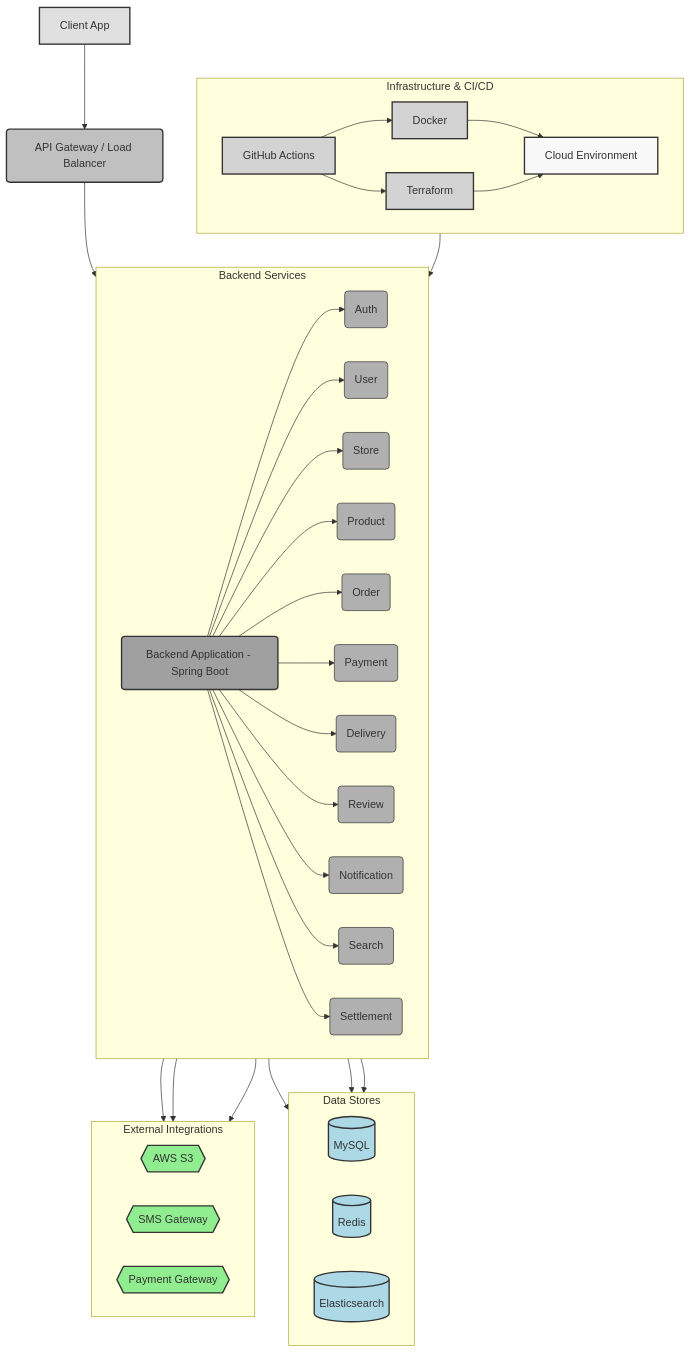
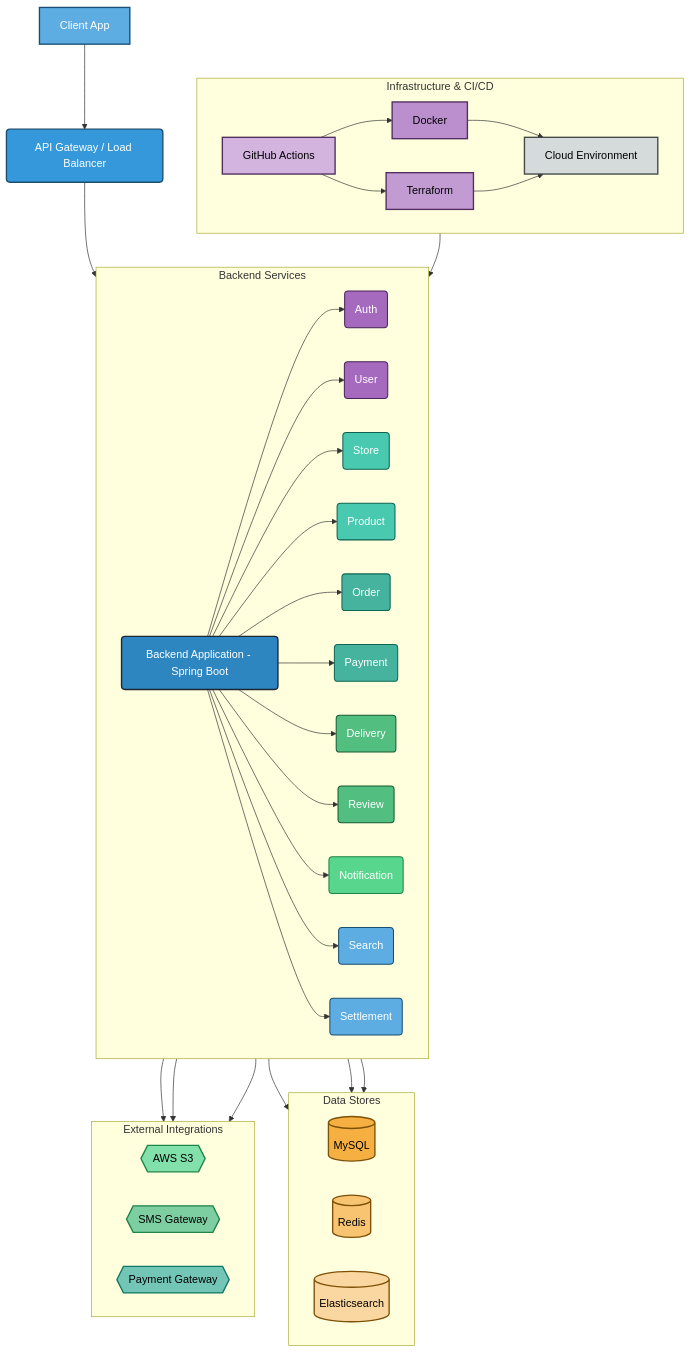
Before and after one commit to daran2/deliver-anything_backup: the first of 2 diagrams in README.md, drawn with Mermaid. The commit also changed other lines of this file, not shown here.

Commit message:
docs(be): 시스템 구성도가 눈에 잘 보이게 수정

````diff
--- a/README.md
+++ b/README.md
@@ -27,68 +27,77 @@
 ```mermaid
 graph TD
     A[Client App] --> B(API Gateway / Load Balancer)
     B --> C(Backend Application - Spring Boot)
 
     subgraph Backend Services
         direction LR
         C --> D(Auth)
         C --> E(User)
         C --> F(Store)
         C --> G(Product)
         C --> H(Order)
         C --> I(Payment)
         C --> J(Delivery)
         C --> K(Review)
         C --> L(Notification)
         C --> M(Search)
         C --> N(Settlement)
     end
 
     subgraph Data Stores
         direction LR
         C --> O[(MySQL)]
         C --> P[(Redis)]
         C --> Q[(Elasticsearch)]
     end
 
     subgraph External Integrations
         direction LR
         C --> R{{AWS S3}}
         C --> S{{SMS Gateway}}
         C --> T{{Payment Gateway}}
     end
 
     subgraph Infrastructure & CI/CD
         direction LR
         U[GitHub Actions] --> V[Docker]
         U --> W[Terraform]
         V --> Cloud[Cloud Environment]
         W --> Cloud
         Cloud --> C
     end
 
-    style A fill:#E0E0E0,stroke:#333,stroke-width:2px
-    style B fill:#C0C0C0,stroke:#333,stroke-width:2px
-    style C fill:#A0A0A0,stroke:#333,stroke-width:2px
-    style D fill:#B0B0B0,stroke:#333,stroke-width:1px
-    style E fill:#B0B0B0,stroke:#333,stroke-width:1px
-    style F fill:#B0B0B0,stroke:#333,stroke-width:1px
-    style G fill:#B0B0B0,stroke:#333,stroke-width:1px
-    style H fill:#B0B0B0,stroke:#333,stroke-width:1px
-    style I fill:#B0B0B0,stroke:#333,stroke-width:1px
-    style J fill:#B0B0B0,stroke:#333,stroke-width:1px
-    style K fill:#B0B0B0,stroke:#333,stroke-width:1px
-    style L fill:#B0B0B0,stroke:#333,stroke-width:1px
-    style M fill:#B0B0B0,stroke:#333,stroke-width:1px
-    style N fill:#B0B0B0,stroke:#333,stroke-width:1px
-    style O fill:#ADD8E6,stroke:#333,stroke-width:2px
-    style P fill:#ADD8E6,stroke:#333,stroke-width:2px
-    style Q fill:#ADD8E6,stroke:#333,stroke-width:2px
-    style R fill:#90EE90,stroke:#333,stroke-width:2px
-    style S fill:#90EE90,stroke:#333,stroke-width:2px
-    style T fill:#90EE90,stroke:#333,stroke-width:2px
-    style U fill:#D3D3D3,stroke:#333,stroke-width:2px
-    style V fill:#D3D3D3,stroke:#333,stroke-width:2px
-    style W fill:#D3D3D3,stroke:#333,stroke-width:2px
-    style Cloud fill:#F8F8F8,stroke:#333,stroke-width:2px
+    %% --- Styles ---
+    style A fill:#5DADE2,stroke:#1B4F72,stroke-width:2px,color:#fff
+    style B fill:#3498DB,stroke:#1B4F72,stroke-width:2px,color:#fff
+    style C fill:#2E86C1,stroke:#1B2631,stroke-width:2px,color:#fff
+
+    %% Backend microservices
+    style D fill:#A569BD,stroke:#4A235A,stroke-width:1.5px,color:#fff
+    style E fill:#A569BD,stroke:#4A235A,stroke-width:1.5px,color:#fff
+    style F fill:#48C9B0,stroke:#0E6251,stroke-width:1.5px,color:#fff
+    style G fill:#48C9B0,stroke:#0E6251,stroke-width:1.5px,color:#fff
+    style H fill:#45B39D,stroke:#0E6655,stroke-width:1.5px,color:#fff
+    style I fill:#45B39D,stroke:#0E6655,stroke-width:1.5px,color:#fff
+    style J fill:#52BE80,stroke:#145A32,stroke-width:1.5px,color:#fff
+    style K fill:#52BE80,stroke:#145A32,stroke-width:1.5px,color:#fff
+    style L fill:#58D68D,stroke:#1D8348,stroke-width:1.5px,color:#fff
+    style M fill:#5DADE2,stroke:#1B4F72,stroke-width:1.5px,color:#fff
+    style N fill:#5DADE2,stroke:#1B4F72,stroke-width:1.5px,color:#fff
+
+    %% Data stores
+    style O fill:#F5B041,stroke:#7E5109,stroke-width:2px,color:#000
+    style P fill:#F8C471,stroke:#7E5109,stroke-width:2px,color:#000
+    style Q fill:#FAD7A0,stroke:#7E5109,stroke-width:2px,color:#000
+
+    %% External integrations
+    style R fill:#82E0AA,stroke:#1E8449,stroke-width:2px,color:#000
+    style S fill:#7DCEA0,stroke:#1E8449,stroke-width:2px,color:#000
+    style T fill:#73C6B6,stroke:#117864,stroke-width:2px,color:#000
+
+    %% Infra & CI/CD
+    style U fill:#D2B4DE,stroke:#512E5F,stroke-width:2px,color:#000
+    style V fill:#BB8FCE,stroke:#512E5F,stroke-width:2px,color:#000
+    style W fill:#C39BD3,stroke:#512E5F,stroke-width:2px,color:#000
+    style Cloud fill:#D5DBDB,stroke:#424949,stroke-width:2px,color:#000
 ```
````
